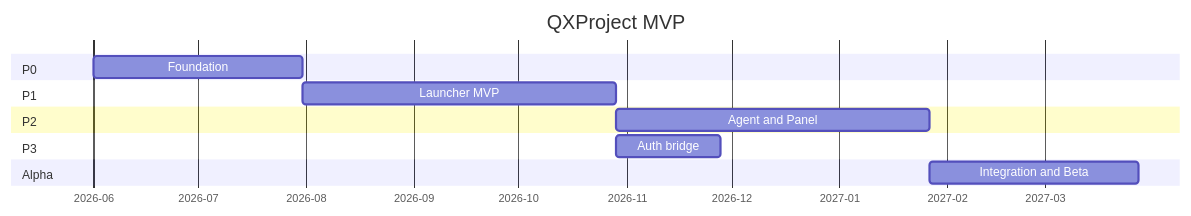
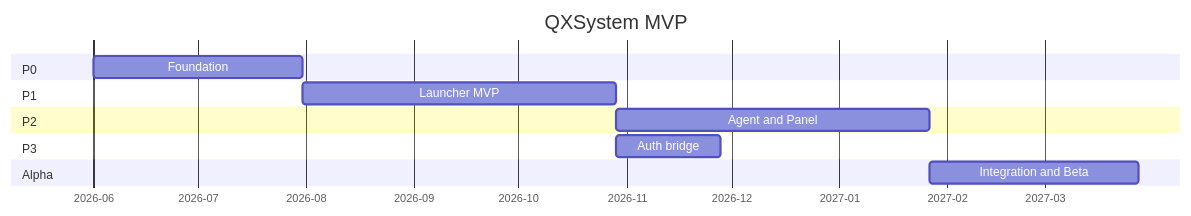
One commit to mindevis/qx-project changed the second of 2 diagrams in docs/mvp.md. Above: the diagram before and after it, drawn with Mermaid. The commit also changed other lines of this file and 259 other files, not shown here.

````diff
--- a/docs/mvp.md
+++ b/docs/mvp.md
@@ -352,16 +352,16 @@
 ```mermaid
 gantt
-    title QXProject MVP
+    title QXSystem MVP
     dateFormat YYYY-MM-DD
     axisFormat %Y-%m
     section P0
     Foundation           :p0, 2026-06-01, 60d
     section P1
     Launcher MVP         :p1, after p0, 90d
     section P2
     Agent and Panel      :p2, after p1, 90d
     section P3
     Auth bridge          :p3, after p1, 30d
     section Alpha
     Integration and Beta :alpha, after p2, 60d
 ```
````
